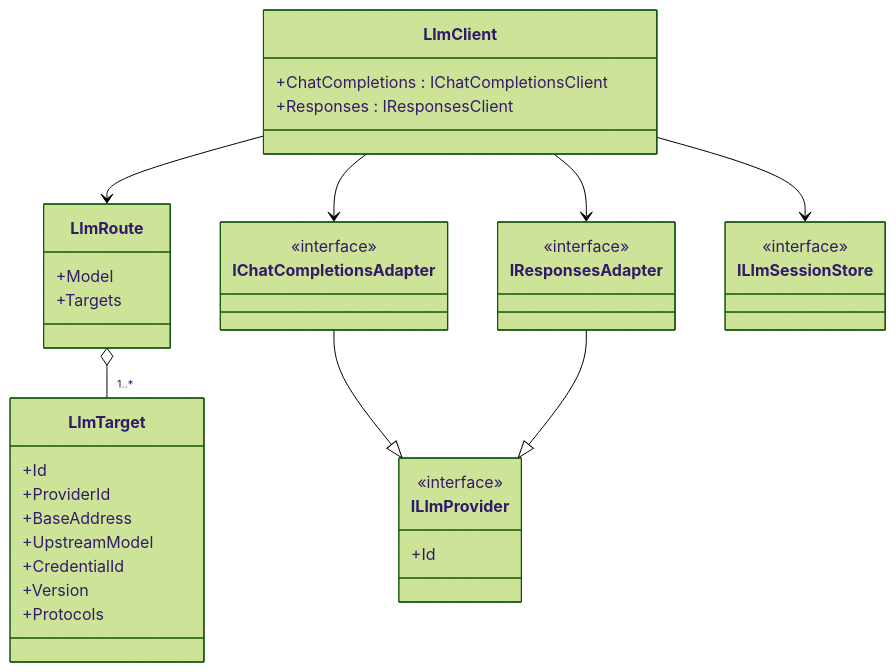
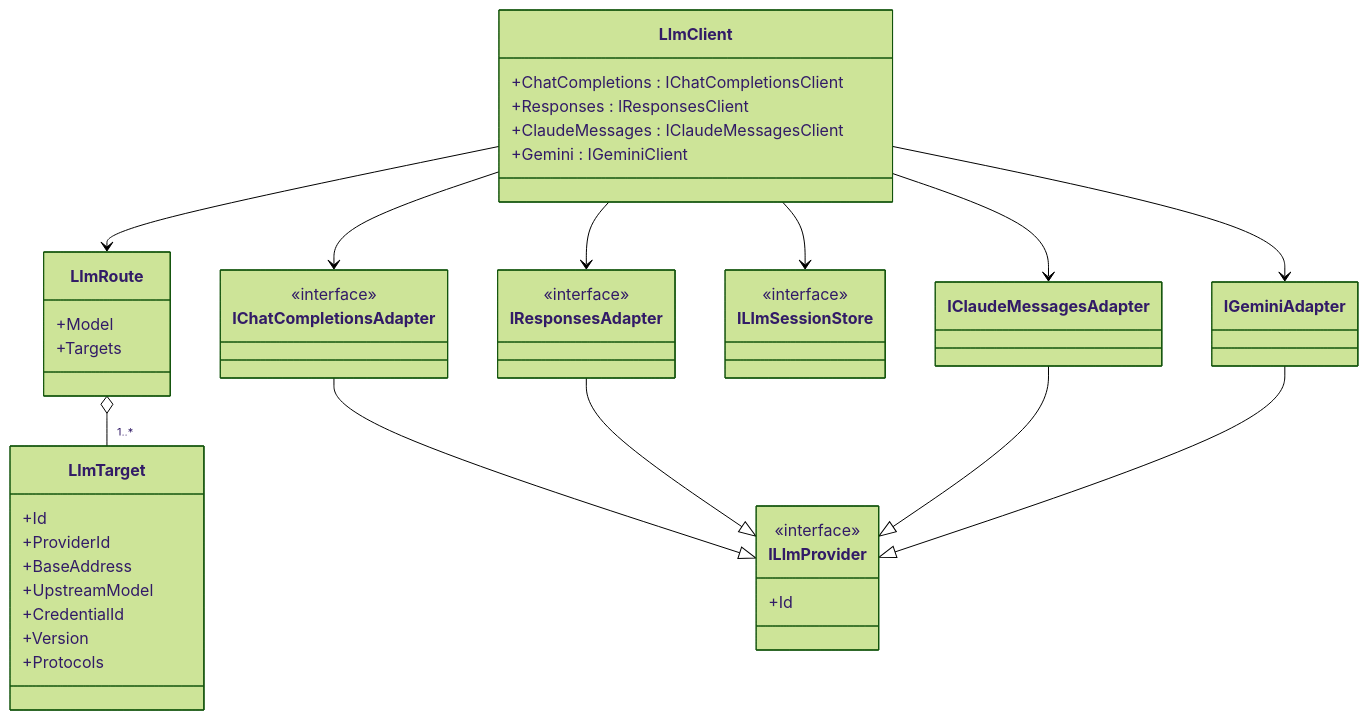
The third of 5 diagrams in docs/architecture.md (BenLampson/Asgard.Loki), drawn with Mermaid (forest theme) before and after one commit. The commit also changed other lines of this file and 80 other files, not shown here.

First line of the commit message:
feat(llm): add Claude and Gemini native APIs with explicit protocol conversion

````diff
--- a/docs/architecture.md
+++ b/docs/architecture.md
@@ -70,40 +76,46 @@
 ```mermaid
 classDiagram
 class LlmClient {
   +ChatCompletions : IChatCompletionsClient
   +Responses : IResponsesClient
+  +ClaudeMessages : IClaudeMessagesClient
+  +Gemini : IGeminiClient
 }
 class LlmRoute {
   +Model
   +Targets
 }
 class LlmTarget {
   +Id
   +ProviderId
   +BaseAddress
   +UpstreamModel
   +CredentialId
   +Version
   +Protocols
 }
 class ILlmProvider {
   <<interface>>
   +Id
 }
 class IChatCompletionsAdapter {
   <<interface>>
 }
 class IResponsesAdapter {
   <<interface>>
 }
 class ILlmSessionStore {
   <<interface>>
 }
 LlmClient --> LlmRoute
 LlmRoute o-- "1..*" LlmTarget
 LlmClient --> IChatCompletionsAdapter
 LlmClient --> IResponsesAdapter
+LlmClient --> IClaudeMessagesAdapter
+LlmClient --> IGeminiAdapter
 LlmClient --> ILlmSessionStore
 IChatCompletionsAdapter --|> ILlmProvider
 IResponsesAdapter --|> ILlmProvider
+IClaudeMessagesAdapter --|> ILlmProvider
+IGeminiAdapter --|> ILlmProvider
 ```
````
